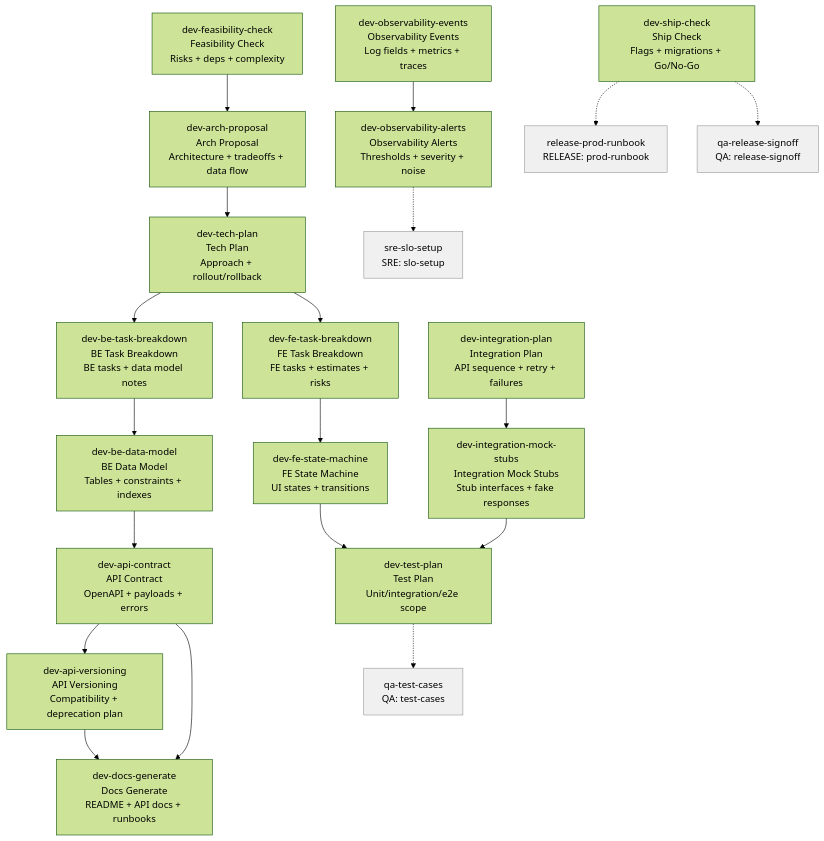
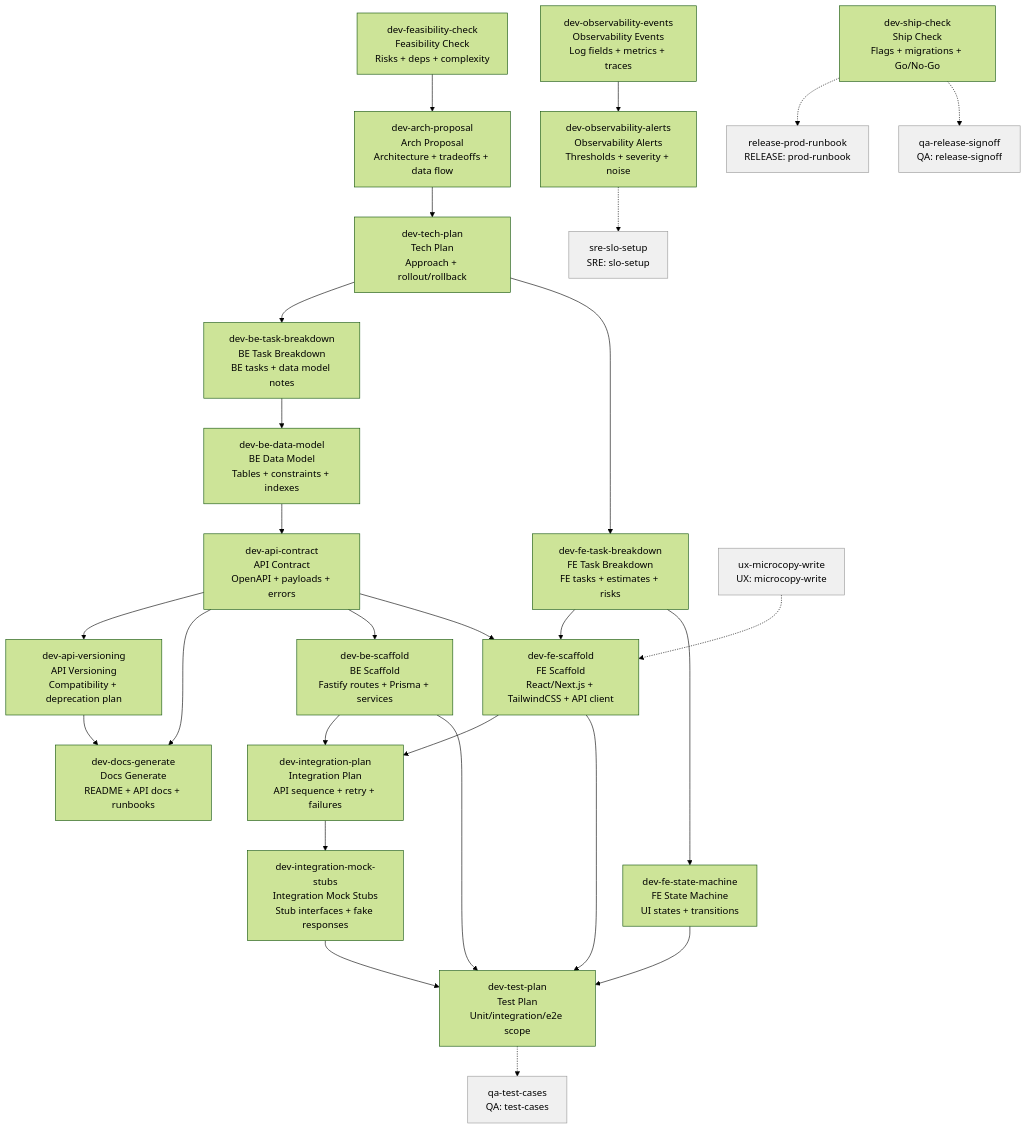
Before and after one commit to parhumm/jaan-to: the diagram in roadmaps/jaan-to/tasks/role-skills/dev.md, drawn with Mermaid (forest theme). The commit also changed other lines of this file and 4 other files, not shown here.

First line of the commit message:
docs(roadmap): add 4 gap skills — dev-be-scaffold, dev-fe-scaffold, sre-pipeline-create, pm-trace-links

````diff
--- a/roadmaps/jaan-to/tasks/role-skills/dev.md
+++ b/roadmaps/jaan-to/tasks/role-skills/dev.md
@@ -9,26 +9,35 @@
 ```mermaid
 flowchart TD
     jaan-to-dev-feasibility-check["dev-feasibility-check<br>Feasibility Check<br>Risks + deps + complexity"] --> jaan-to-dev-arch-proposal["dev-arch-proposal<br>Arch Proposal<br>Architecture + tradeoffs + data flow"]
     jaan-to-dev-arch-proposal["dev-arch-proposal<br>Arch Proposal<br>Architecture + tradeoffs + data flow"] --> jaan-to-dev-tech-plan["dev-tech-plan<br>Tech Plan<br>Approach + rollout/rollback"]
     jaan-to-dev-tech-plan["dev-tech-plan<br>Tech Plan<br>Approach + rollout/rollback"] --> dev-be-task-breakdown["dev-be-task-breakdown<br>BE Task Breakdown<br>BE tasks + data model notes"]
     jaan-to-dev-tech-plan["dev-tech-plan<br>Tech Plan<br>Approach + rollout/rollback"] --> dev-fe-task-breakdown["dev-fe-task-breakdown<br>FE Task Breakdown<br>FE tasks + estimates + risks"]
     dev-be-task-breakdown["dev-be-task-breakdown<br>BE Task Breakdown<br>BE tasks + data model notes"] --> jaan-to-dev-be-data-model["dev-be-data-model<br>BE Data Model<br>Tables + constraints + indexes"]
     jaan-to-dev-be-data-model["dev-be-data-model<br>BE Data Model<br>Tables + constraints + indexes"] --> jaan-to-dev-api-contract["dev-api-contract<br>API Contract<br>OpenAPI + payloads + errors"]
     jaan-to-dev-api-contract["dev-api-contract<br>API Contract<br>OpenAPI + payloads + errors"] --> jaan-to-dev-api-versioning["dev-api-versioning<br>API Versioning<br>Compatibility + deprecation plan"]
     jaan-to-dev-api-versioning["dev-api-versioning<br>API Versioning<br>Compatibility + deprecation plan"] --> jaan-to-dev-docs-generate["dev-docs-generate<br>Docs Generate<br>README + API docs + runbooks"]
     jaan-to-dev-api-contract["dev-api-contract<br>API Contract<br>OpenAPI + payloads + errors"] --> jaan-to-dev-docs-generate["dev-docs-generate<br>Docs Generate<br>README + API docs + runbooks"]
+    jaan-to-dev-api-contract["dev-api-contract<br>API Contract<br>OpenAPI + payloads + errors"] --> jaan-to-dev-be-scaffold["dev-be-scaffold<br>BE Scaffold<br>Fastify routes + Prisma + services"]
+    jaan-to-dev-be-scaffold["dev-be-scaffold<br>BE Scaffold<br>Fastify routes + Prisma + services"] --> jaan-to-dev-integration-plan["dev-integration-plan<br>Integration Plan<br>API sequence + retry + failures"]
+    jaan-to-dev-be-scaffold["dev-be-scaffold<br>BE Scaffold<br>Fastify routes + Prisma + services"] --> jaan-to-dev-test-plan["dev-test-plan<br>Test Plan<br>Unit/integration/e2e scope"]
+    dev-fe-task-breakdown["dev-fe-task-breakdown<br>FE Task Breakdown<br>FE tasks + estimates + risks"] --> jaan-to-dev-fe-scaffold["dev-fe-scaffold<br>FE Scaffold<br>React/Next.js + TailwindCSS + API client"]
+    jaan-to-dev-api-contract["dev-api-contract<br>API Contract<br>OpenAPI + payloads + errors"] --> jaan-to-dev-fe-scaffold["dev-fe-scaffold<br>FE Scaffold<br>React/Next.js + TailwindCSS + API client"]
+    ux-microcopy-write["ux-microcopy-write<br>UX: microcopy-write"] -.-> jaan-to-dev-fe-scaffold["dev-fe-scaffold<br>FE Scaffold<br>React/Next.js + TailwindCSS + API client"]
+    jaan-to-dev-fe-scaffold["dev-fe-scaffold<br>FE Scaffold<br>React/Next.js + TailwindCSS + API client"] --> jaan-to-dev-integration-plan["dev-integration-plan<br>Integration Plan<br>API sequence + retry + failures"]
+    jaan-to-dev-fe-scaffold["dev-fe-scaffold<br>FE Scaffold<br>React/Next.js + TailwindCSS + API client"] --> jaan-to-dev-test-plan["dev-test-plan<br>Test Plan<br>Unit/integration/e2e scope"]
     dev-fe-task-breakdown["dev-fe-task-breakdown<br>FE Task Breakdown<br>FE tasks + estimates + risks"] --> jaan-to-dev-fe-state-machine["dev-fe-state-machine<br>FE State Machine<br>UI states + transitions"]
     jaan-to-dev-fe-state-machine["dev-fe-state-machine<br>FE State Machine<br>UI states + transitions"] --> jaan-to-dev-test-plan["dev-test-plan<br>Test Plan<br>Unit/integration/e2e scope"]
     jaan-to-dev-integration-plan["dev-integration-plan<br>Integration Plan<br>API sequence + retry + failures"] --> jaan-to-dev-integration-mock-stubs["dev-integration-mock-stubs<br>Integration Mock Stubs<br>Stub interfaces + fake responses"]
     jaan-to-dev-integration-mock-stubs["dev-integration-mock-stubs<br>Integration Mock Stubs<br>Stub interfaces + fake responses"] --> jaan-to-dev-test-plan["dev-test-plan<br>Test Plan<br>Unit/integration/e2e scope"]
     jaan-to-dev-test-plan["dev-test-plan<br>Test Plan<br>Unit/integration/e2e scope"] -.-> qa-test-cases["qa-test-cases<br>QA: test-cases"]
     jaan-to-dev-observability-events["dev-observability-events<br>Observability Events<br>Log fields + metrics + traces"] --> jaan-to-dev-observability-alerts["dev-observability-alerts<br>Observability Alerts<br>Thresholds + severity + noise"]
     jaan-to-dev-observability-alerts["dev-observability-alerts<br>Observability Alerts<br>Thresholds + severity + noise"] -.-> jaan-to-sre-slo-setup["sre-slo-setup<br>SRE: slo-setup"]
     jaan-to-dev-ship-check["dev-ship-check<br>Ship Check<br>Flags + migrations + Go/No-Go"] -.-> jaan-to-release-prod-runbook["release-prod-runbook<br>RELEASE: prod-runbook"]
     jaan-to-dev-ship-check["dev-ship-check<br>Ship Check<br>Flags + migrations + Go/No-Go"] -.-> jaan-to-qa-release-signoff["qa-release-signoff<br>QA: release-signoff"]
 
     style qa-test-cases fill:#f0f0f0,stroke:#999
+    style ux-microcopy-write fill:#f0f0f0,stroke:#999
     style jaan-to-sre-slo-setup fill:#f0f0f0,stroke:#999
     style jaan-to-release-prod-runbook fill:#f0f0f0,stroke:#999
     style jaan-to-qa-release-signoff fill:#f0f0f0,stroke:#999
 ```
````
